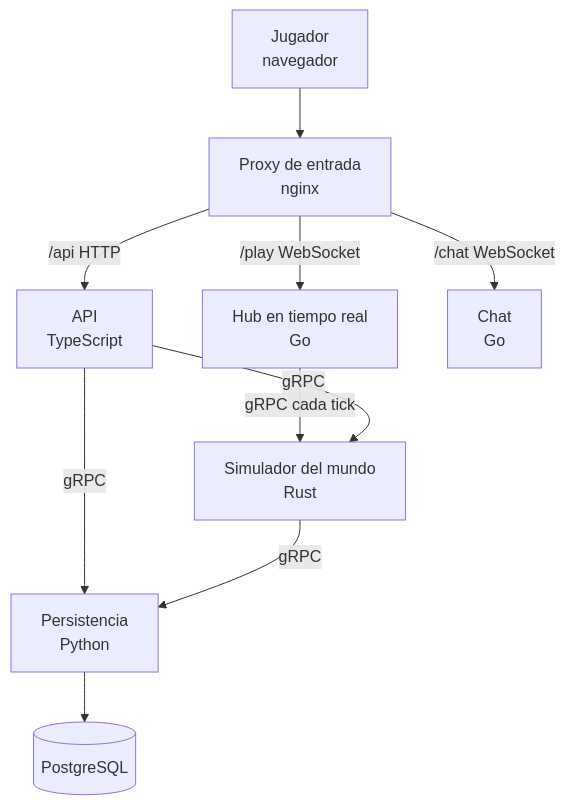
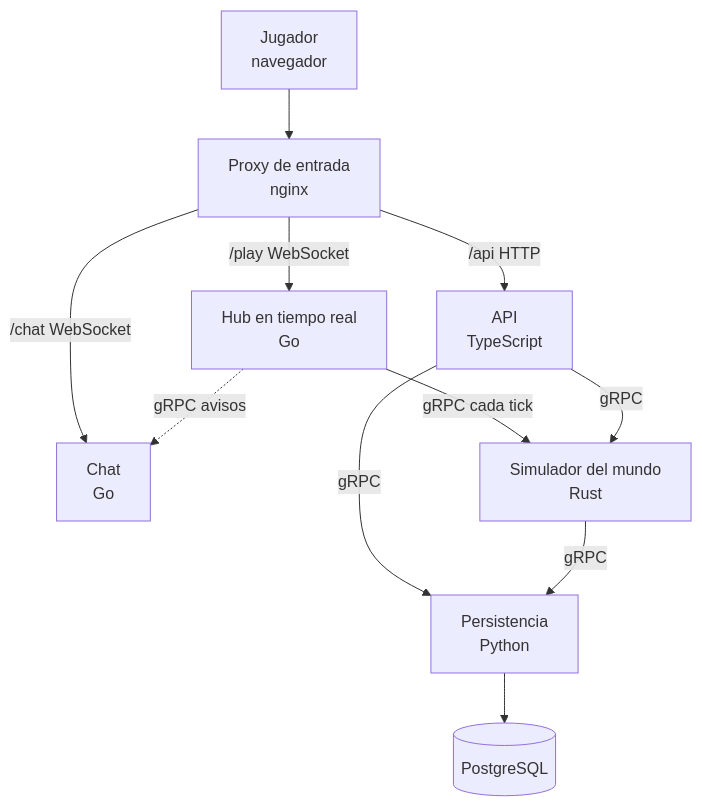
Before and after one commit to iadev2005/hydrovalley: the fourth of 7 diagrams in docs/documento-inicial.md, drawn with Mermaid. The commit also changed other lines of this file and 13 other files, not shown here.

Commit message:
docs: resolve design gaps across document, CLAUDE.md and diagrams

````diff
--- a/docs/documento-inicial.md
+++ b/docs/documento-inicial.md
@@ -871,12 +886,13 @@
 ```mermaid
 flowchart TD
     U[Jugador<br/>navegador] --> X[Proxy de entrada<br/>nginx]
     X -->|/api HTTP| A[API<br/>TypeScript]
     X -->|/play WebSocket| H[Hub en tiempo real<br/>Go]
     X -->|/chat WebSocket| CH[Chat<br/>Go]
     H -->|gRPC cada tick| W[Simulador del mundo<br/>Rust]
     A -->|gRPC| W
     A -->|gRPC| P[Persistencia<br/>Python]
     W -->|gRPC| P
+    H -.->|gRPC avisos| CH
     P --> DB[(PostgreSQL)]
 ```
````
